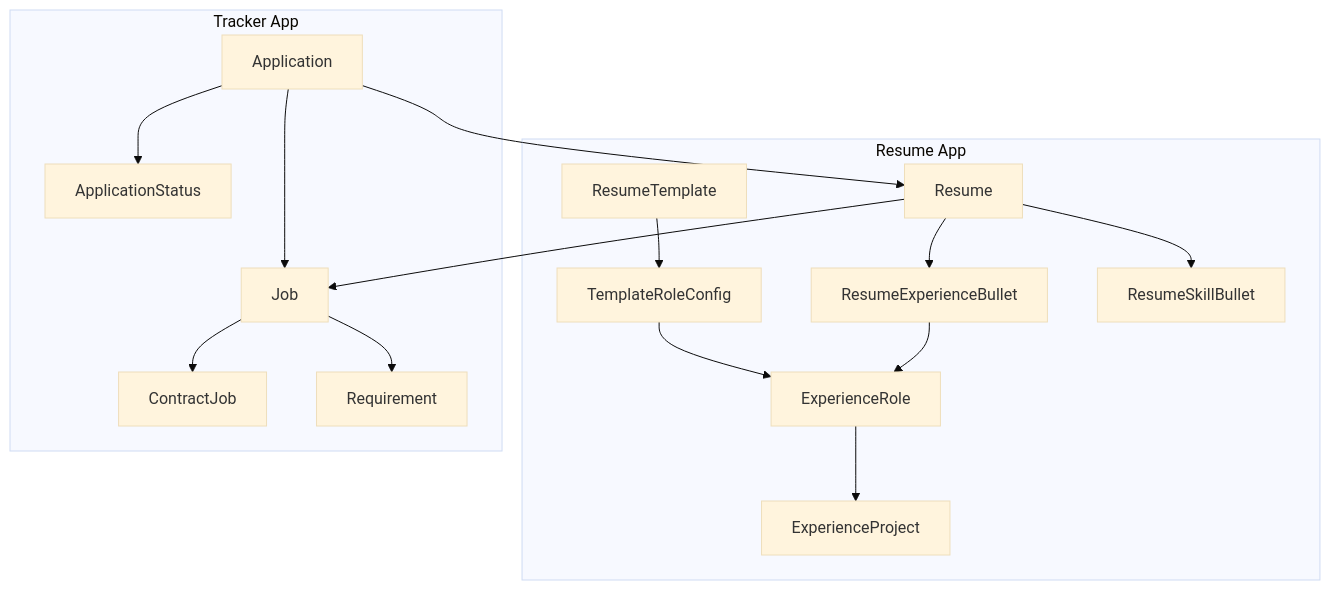
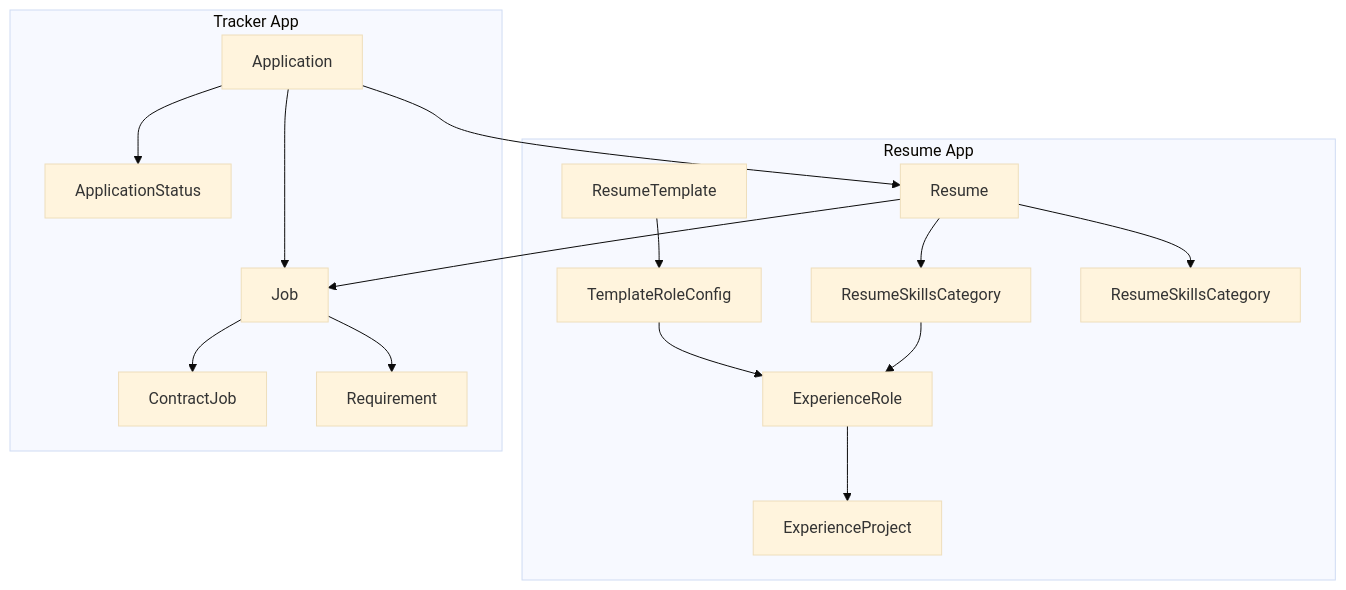
Before and after one commit to vhidrogo/job-search-automation: the first of 2 diagrams in docs/system_design.md, drawn with Mermaid (base theme). The commit also changed other lines of this file, not shown here.

````diff
--- a/docs/system_design.md
+++ b/docs/system_design.md
@@ -239,36 +239,36 @@
 ```mermaid
 flowchart TD
     subgraph Resume App
         RT[ResumeTemplate]
         TRC[TemplateRoleConfig]
         R[Resume]
-        REB[ResumeExperienceBullet]
-        RSB[ResumeSkillBullet]
+        REB[ResumeSkillsCategory]
+        RSB[ResumeSkillsCategory]
         ER[ExperienceRole]
         EP[ExperienceProject]
 
         RT --> TRC
         TRC --> ER
         R --> REB
         R --> RSB
         REB --> ER
         ER --> EP
     end
 
     subgraph Tracker App
         J[Job]
         C[ContractJob]
         Req[Requirement]
         A[Application]
         AS[ApplicationStatus]
 
         J --> Req
         J --> C
         A --> R
         A --> J
         A --> AS
     end
 
     %% Cross-app references
     R --> J
 ```
````
